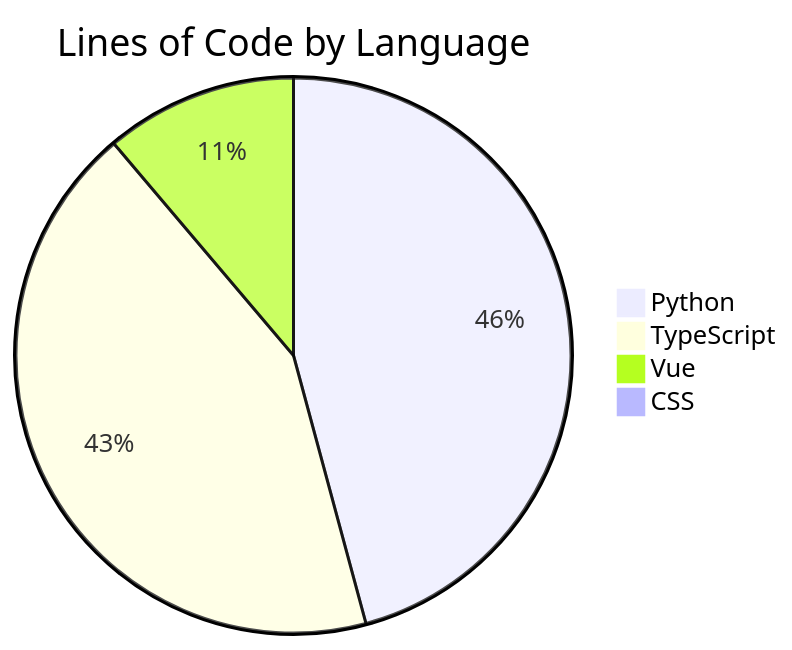
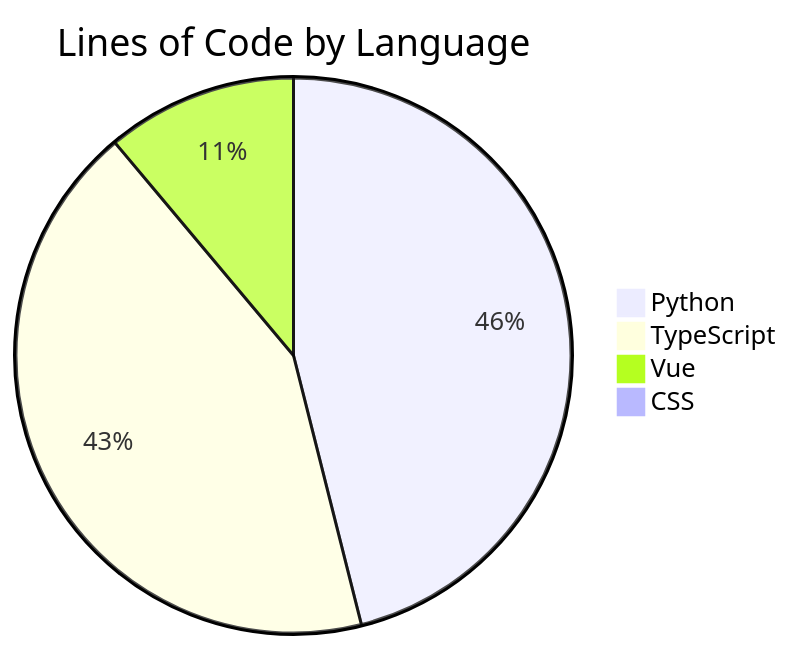
One commit to ISW-stack/AI3L-Community changed the diagram in README.md. Above: the diagram before and after it, drawn with Mermaid. The commit also changed other lines of this file and 1 other file, not shown here.

````diff
--- a/README.md
+++ b/README.md
@@ -247,7 +247,7 @@
 ```mermaid
 pie title Lines of Code by Language
-    "Python" : 78420
-    "TypeScript" : 73652
-    "Vue" : 19161
+    "Python" : 81142
+    "TypeScript" : 75438
+    "Vue" : 19563
     "CSS" : 109
 ```
````
